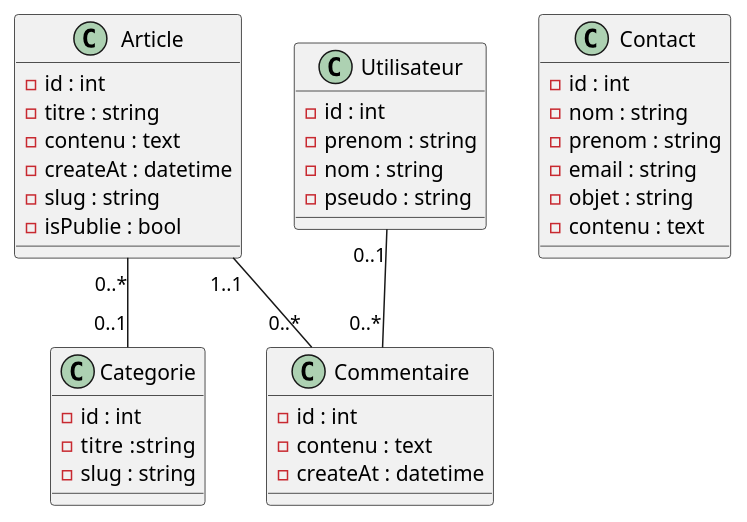
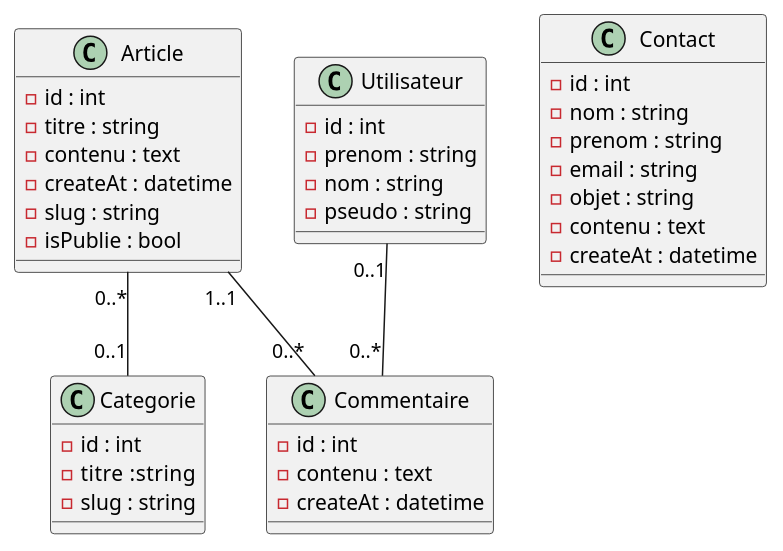
One commit to tvGuy2/lamy-blog- changed the diagram in documentation/diagramme de classes.puml. Above: the diagram before and after it, drawn with PlantUML. The commit also changed 7 other files, not shown here.

```diff
--- a/documentation/diagramme de classes.puml
+++ b/documentation/diagramme de classes.puml
@@ -1,48 +1,49 @@
 @startuml
 
 
 
 class Article {
 - id : int
 - titre : string
 - contenu : text
 - createAt : datetime
 - slug : string
 - isPublie : bool
 }
 
 class Categorie {
 - id : int
 - titre  :string
 - slug : string
 }
 
 class Utilisateur {
 - id : int
 - prenom : string
 - nom : string
 - pseudo : string
 }
 
 class Commentaire {
 - id : int
 - contenu : text
 - createAt : datetime
 }
 
 class Contact {
 - id : int
 - nom : string
 - prenom : string
 - email : string
 - objet : string
 - contenu : text
+- createAt : datetime
 }
 
 
 Article "0..*" -- "0..1" Categorie
 Article "1..1" -- "0..*" Commentaire
 Utilisateur "0..1" -- "0..*" Commentaire
 
 
 @enduml
```
